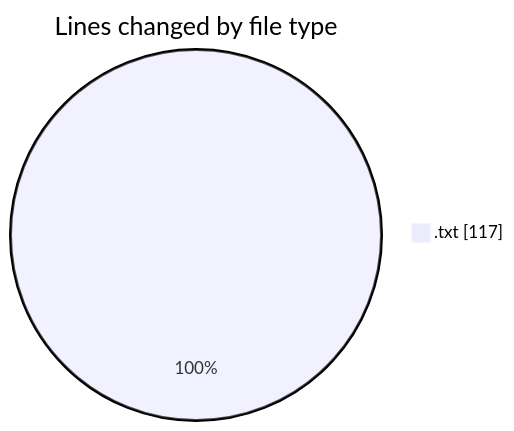
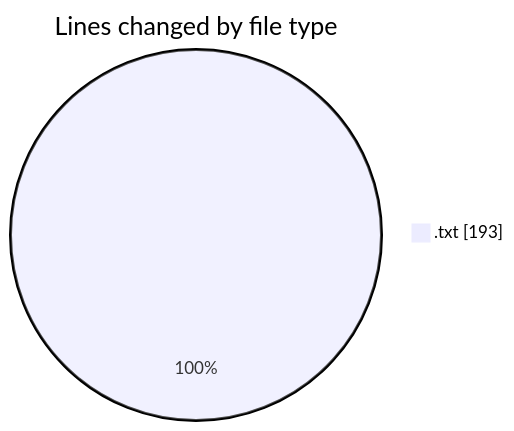
Before and after one commit to ricardozamudiocil/code-tracking: the first of 2 diagrams in 2026-10-06/cilapp/README.md, drawn with Mermaid. The commit also changed other lines of this file and 1 other file, not shown here.

````diff
--- a/2026-10-06/cilapp/README.md
+++ b/2026-10-06/cilapp/README.md
@@ -21,5 +22,5 @@
 ```mermaid
 pie showData
 title Lines changed by file type
-".txt" : 117
+".txt" : 193
 ```
````
